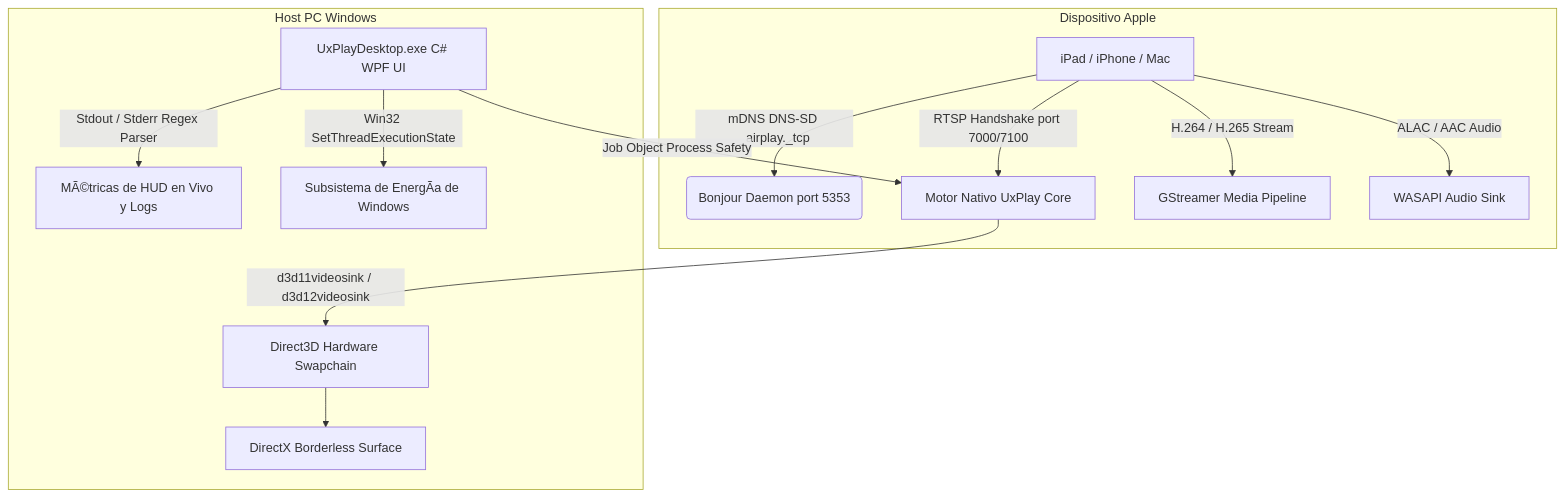
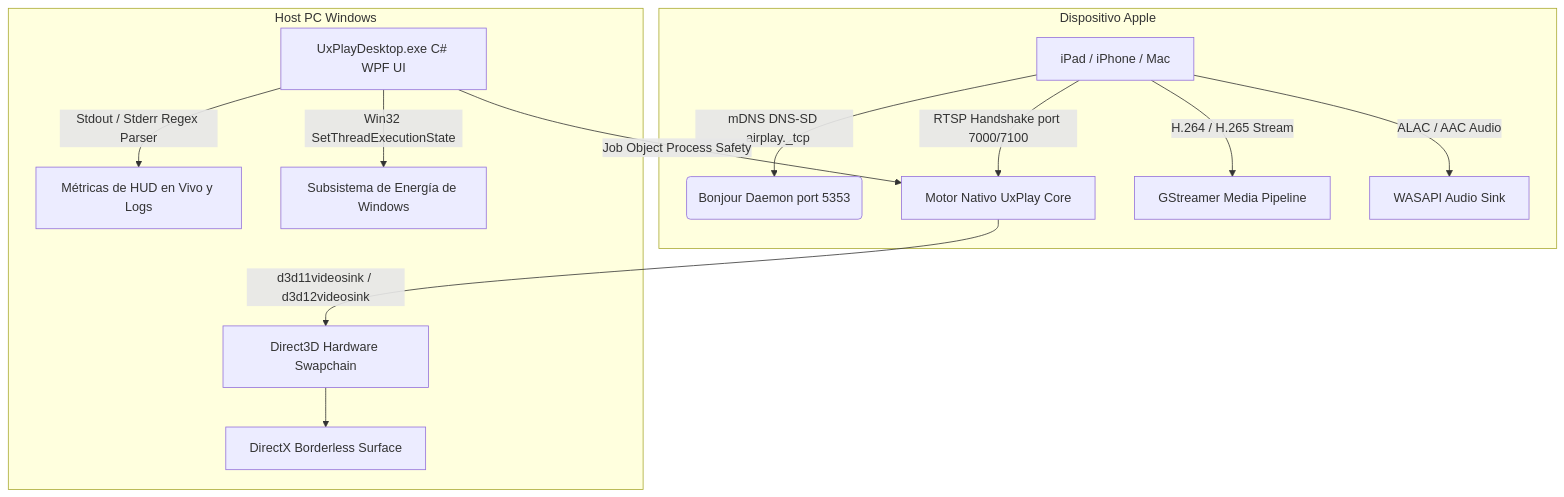
One commit to jorjanion/uxplay-desktop changed the diagram in docs/locales/README.es.md. Above: the diagram before and after it, drawn with Mermaid. The commit also changed other lines of this file and 10 other files, not shown here.

````diff
--- a/docs/locales/README.es.md
+++ b/docs/locales/README.es.md
@@ -93,17 +94,17 @@
 ```mermaid
 graph TD
     subgraph Dispositivo Apple
         A[iPad / iPhone / Mac] -->|mDNS DNS-SD _airplay._tcp| B(Bonjour Daemon port 5353)
         A -->|RTSP Handshake port 7000/7100| C[Motor Nativo UxPlay Core]
         A -->|H.264 / H.265 Stream| D[GStreamer Media Pipeline]
         A -->|ALAC / AAC Audio| E[WASAPI Audio Sink]
     end
 
     subgraph Host PC Windows
         C -->|d3d11videosink / d3d12videosink| F[Direct3D Hardware Swapchain]
         F --> G[DirectX Borderless Surface]
         H[UxPlayDesktop.exe C# WPF UI] -->|Job Object Process Safety| C
-        H -->|Stdout / Stderr Regex Parser| I[MÃ©tricas de HUD en Vivo y Logs]
-        H -->|Win32 SetThreadExecutionState| J[Subsistema de EnergÃ­a de Windows]
+        H -->|Stdout / Stderr Regex Parser| I[Métricas de HUD en Vivo y Logs]
+        H -->|Win32 SetThreadExecutionState| J[Subsistema de Energía de Windows]
     end
 ```
````
